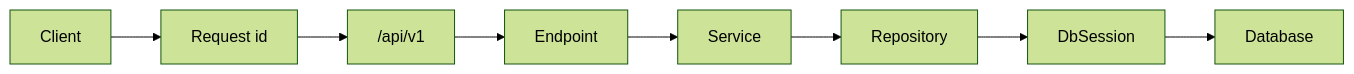
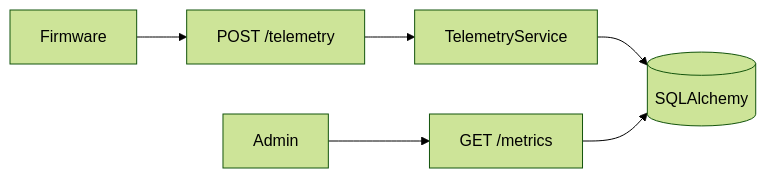
Before and after one commit to poluru-labs/fastapi-realworld-projects: the diagram in advanced/fastapi-iot-telemetry/README.md, drawn with Mermaid (forest theme). The commit also changed other lines of this file and 31 other files, not shown here.

Commit message:
added swagger, api endpoints, docs for advanced/fastapi-iot-telemetry app

````diff
--- a/advanced/fastapi-iot-telemetry/README.md
+++ b/advanced/fastapi-iot-telemetry/README.md
@@ -45,10 +79,8 @@
 ```mermaid
 flowchart LR
-  Client --> Middleware["Request id"]
-  Middleware --> Router["/api/v1"]
-  Router --> Endpoint
-  Endpoint --> Service
-  Service --> Repository
-  Repository --> DbSession
-  DbSession --> Database
+  Firmware --> Ingest["POST /telemetry"]
+  Ingest --> TelemetryService
+  TelemetryService --> DB[(SQLAlchemy)]
+  Admin --> Metrics["GET /metrics"]
+  Metrics --> DB
 ```
````
